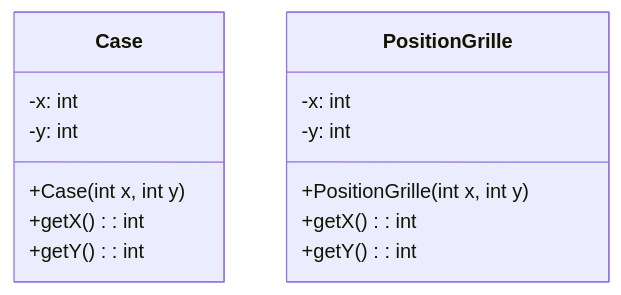
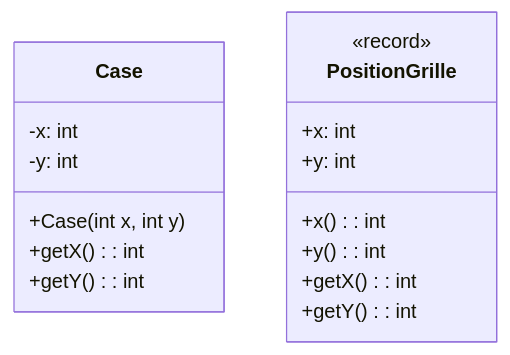
One commit to FattDoan/Projet-PCII-Groupe changed the first of 7 diagrams in docs/Rapport.md. Above: the diagram before and after it, drawn with Mermaid. The commit also changed other lines of this file and 18 other files, not shown here.

````diff
--- a/docs/Rapport.md
+++ b/docs/Rapport.md
@@ -246,17 +246,19 @@
 ```mermaid
 classDiagram
     class Case {
         -x: int
         -y: int
         +Case(int x, int y)
         +getX( ): int
         +getY( ): int
     }
     class PositionGrille {
-        -x: int
-        -y: int
-        +PositionGrille(int x, int y)
+        <<record>>
+        +x: int
+        +y: int
+        +x( ): int
+        +y( ): int
         +getX( ): int
         +getY( ): int
     }
 ```
````
